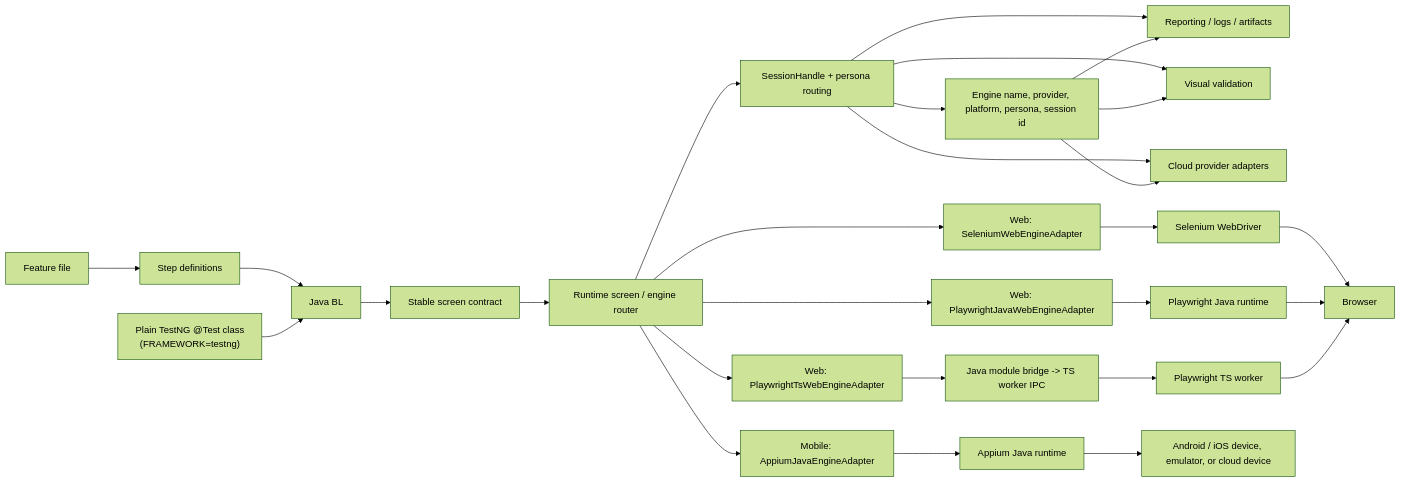
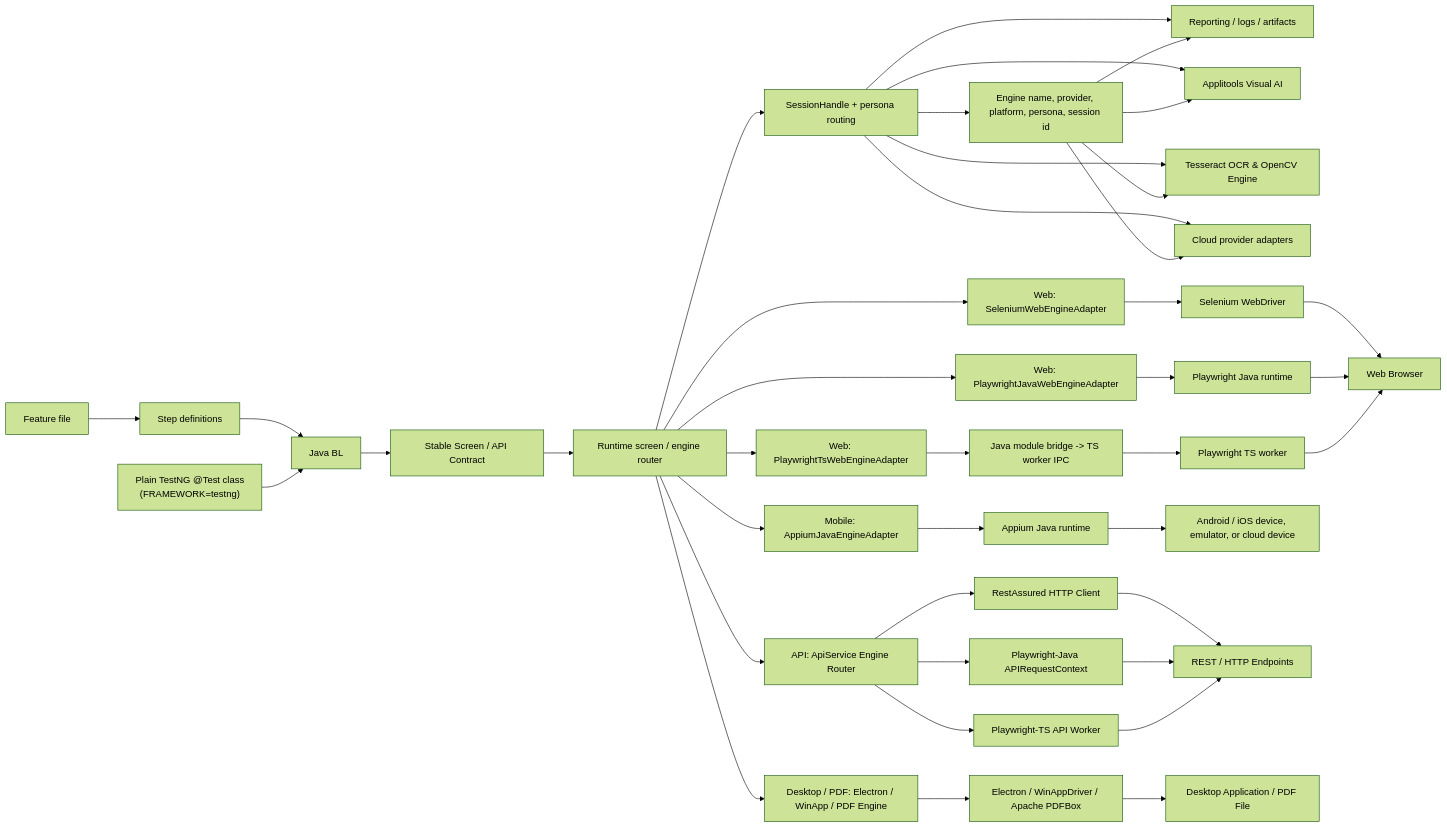
One commit to anandbagmar/teswiz changed the first of 4 diagrams in docs/internals/Architecture-README.md. Above: the diagram before and after it, drawn with Mermaid (forest theme). The commit also changed other lines of this file and 4 other files, not shown here.

First line of the commit message:
Update architecture diagrams across documentation

````diff
--- a/docs/internals/Architecture-README.md
+++ b/docs/internals/Architecture-README.md
@@ -26,34 +26,46 @@
 ```mermaid
 flowchart LR
     F[Feature file] --> S[Step definitions]
     S --> BL[Java BL]
     TNG["Plain TestNG @Test class<br/>(FRAMEWORK=testng)"] --> BL
-    BL --> SC[Stable screen contract]
+    BL --> SC[Stable Screen / API Contract]
     SC --> ROUTER[Runtime screen / engine router]
 
     ROUTER --> SH[SessionHandle + persona routing]
     SH --> REP[Reporting / logs / artifacts]
-    SH --> VIS[Visual validation]
+    SH --> VIS[Applitools Visual AI]
+    SH --> OCR[Tesseract OCR & OpenCV Engine]
     SH --> CLOUD[Cloud provider adapters]
 
     ROUTER --> WSEL[Web: SeleniumWebEngineAdapter]
     ROUTER --> WPJ[Web: PlaywrightJavaWebEngineAdapter]
     ROUTER --> WPTS[Web: PlaywrightTsWebEngineAdapter]
     ROUTER --> MAPP[Mobile: AppiumJavaEngineAdapter]
+    ROUTER --> APIE[API: ApiService Engine Router]
+    ROUTER --> DSK[Desktop / PDF: Electron / WinApp / PDF Engine]
 
     WSEL --> WD[Selenium WebDriver]
     WPJ --> PWJ[Playwright Java runtime]
     WPTS --> IPC[Java module bridge -> TS worker IPC]
     IPC --> PWT[Playwright TS worker]
     MAPP --> APP[Appium Java runtime]
+    APIE --> RA[RestAssured HTTP Client]
+    APIE --> PWJ_A[Playwright-Java APIRequestContext]
+    APIE --> PWTS_A[Playwright-TS API Worker]
+    DSK --> ELE[Electron / WinAppDriver / Apache PDFBox]
 
-    WD --> B[Browser]
+    WD --> B[Web Browser]
     PWJ --> B
     PWT --> B
     APP --> D[Android / iOS device, emulator, or cloud device]
+    RA --> API_END[REST / HTTP Endpoints]
+    PWJ_A --> API_END
+    PWTS_A --> API_END
+    ELE --> APP_DESK[Desktop Application / PDF File]
 
     SH --> META[Engine name, provider, platform, persona, session id]
     META --> REP
     META --> VIS
+    META --> OCR
     META --> CLOUD
 ```
````
